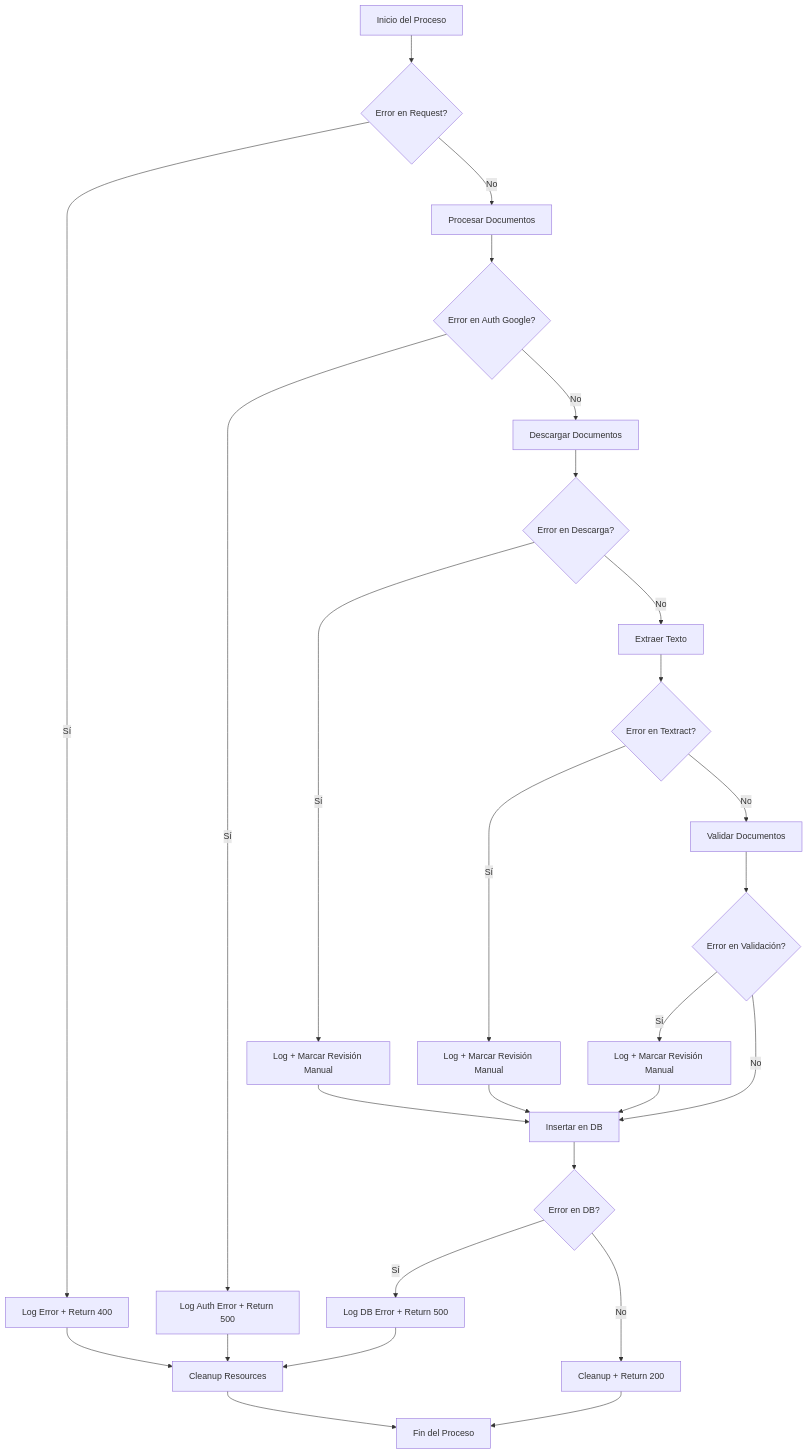
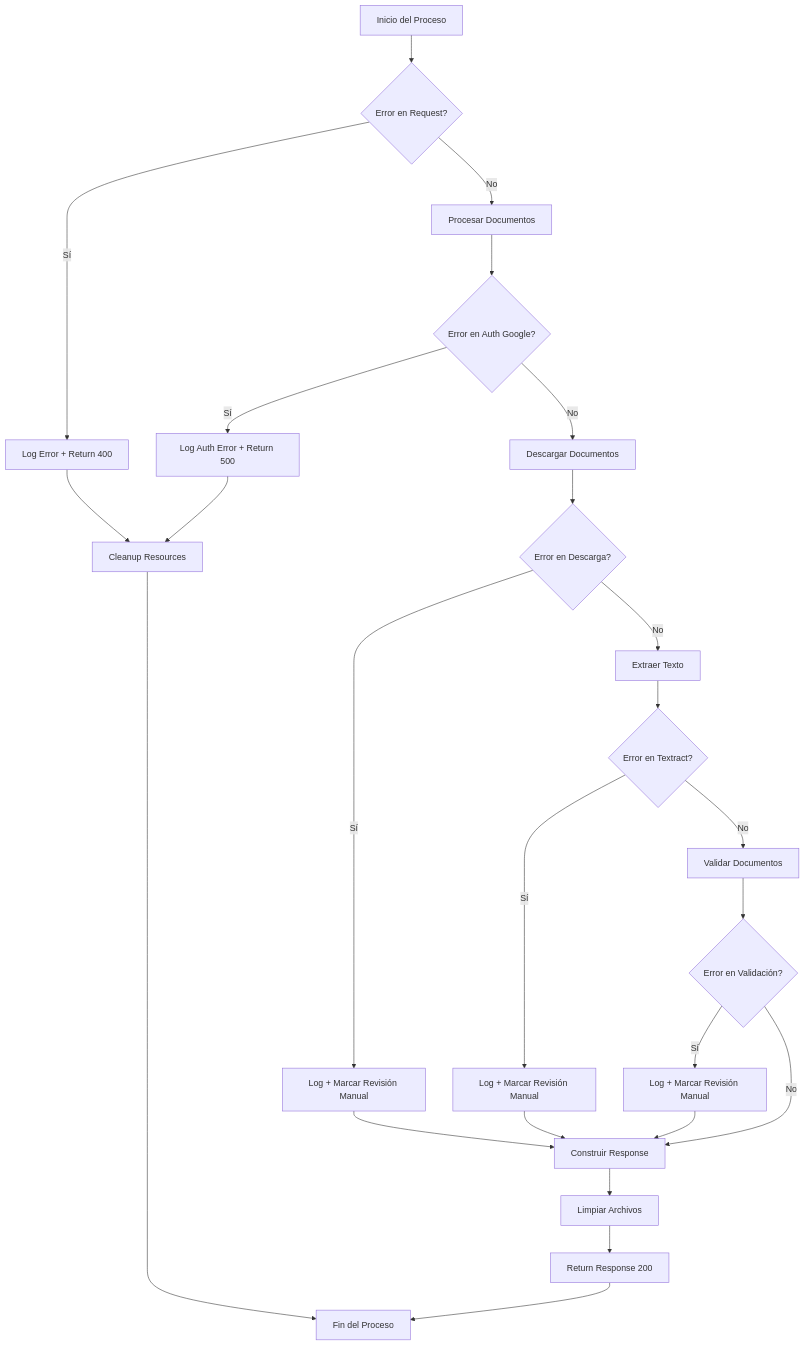
Before and after one commit to cavidescun/lambda_v1: the fifth of 5 diagrams in DOCUMENTACION_PROJECT.md, drawn with Mermaid. The commit also changed other lines of this file and 1 other file, not shown here.

````diff
--- a/DOCUMENTACION_PROJECT.md
+++ b/DOCUMENTACION_PROJECT.md
@@ -257,36 +245,34 @@
 ```mermaid
 flowchart TD
     A[Inicio del Proceso] --> B{Error en Request?}
     B -->|Sí| C[Log Error + Return 400]
     B -->|No| D[Procesar Documentos]
     
     D --> E{Error en Auth Google?}
     E -->|Sí| F[Log Auth Error + Return 500]
     E -->|No| G[Descargar Documentos]
     
     G --> H{Error en Descarga?}
     H -->|Sí| I[Log + Marcar Revisión Manual]
     H -->|No| J[Extraer Texto]
     
     J --> K{Error en Textract?}
     K -->|Sí| L[Log + Marcar Revisión Manual]
     K -->|No| M[Validar Documentos]
     
     M --> N{Error en Validación?}
     N -->|Sí| O[Log + Marcar Revisión Manual]
-    N -->|No| P[Insertar en DB]
-    
-    P --> Q{Error en DB?}
-    Q -->|Sí| R[Log DB Error + Return 500]
-    Q -->|No| S[Cleanup + Return 200]
+    N -->|No| P[Construir Response]
     
     I --> P
     L --> P
     O --> P
     
-    C --> T[Cleanup Resources]
-    F --> T
+    P --> Q[Limpiar Archivos]
+    Q --> R[Return Response 200]
+    
+    C --> S[Cleanup Resources]
+    F --> S
+    S --> T[Fin del Proceso]
     R --> T
-    S --> U[Fin del Proceso]
-    T --> U
 ```
````
